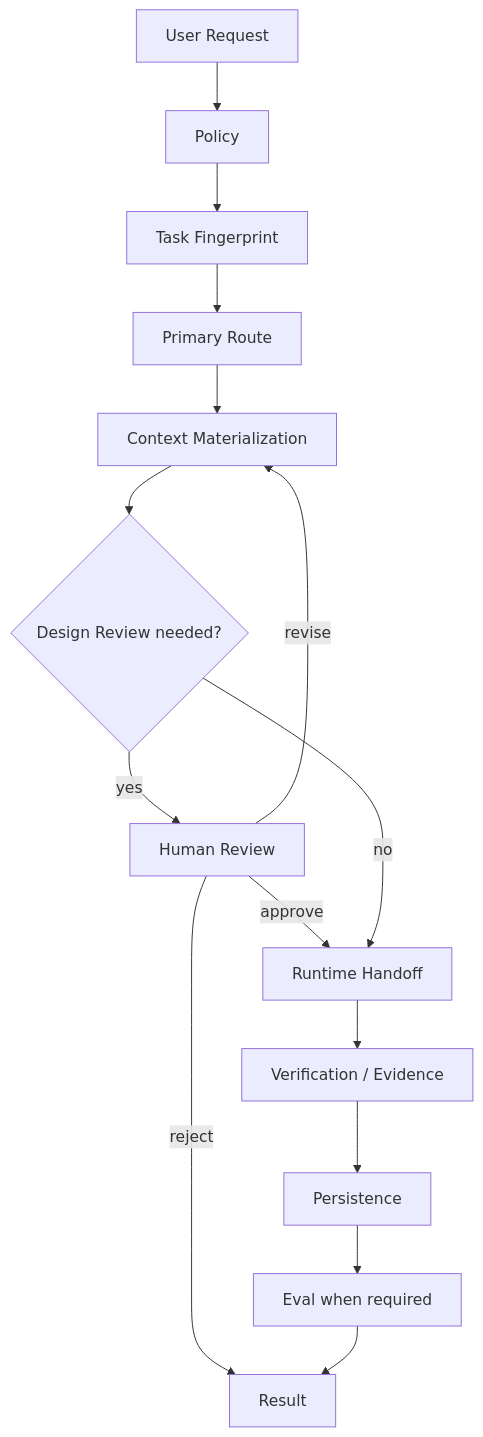
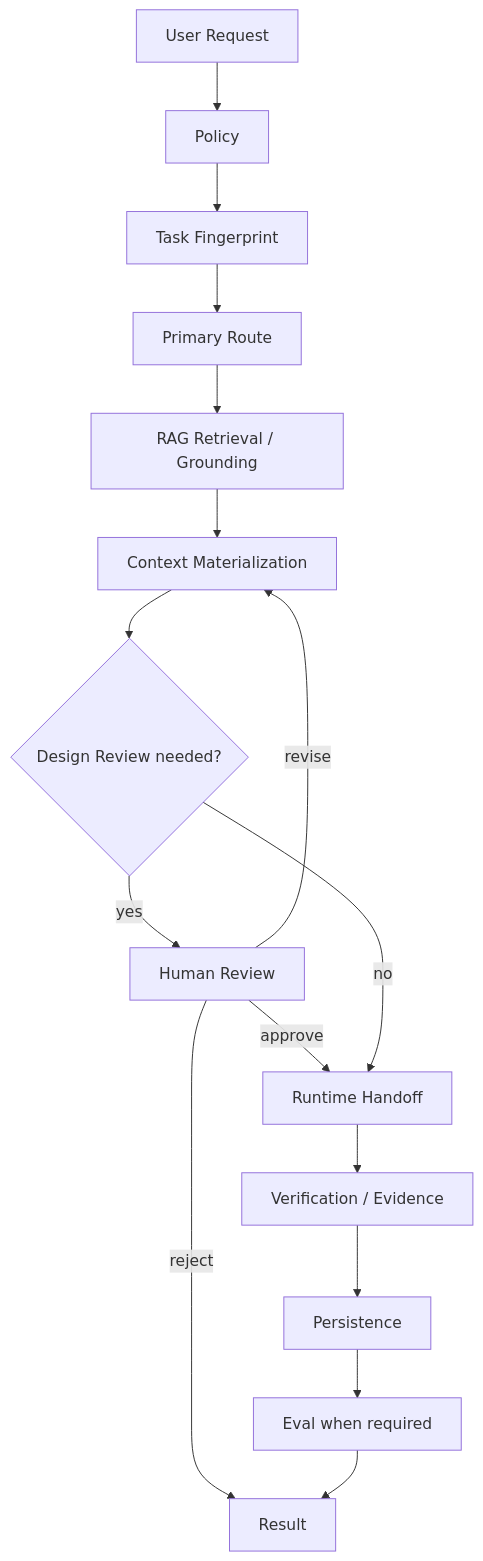
One commit to DarumaPPAP/UnityAgent changed the second of 5 diagrams in docs/architecture/architecture.md. Above: the diagram before and after it, drawn with Mermaid. The commit also changed other lines of this file and 86 other files, not shown here.

Commit message:
feat: add top-level RAG retrieval and grounding

````diff
--- a/docs/architecture/architecture.md
+++ b/docs/architecture/architecture.md
@@ -177,17 +197,18 @@
 ```mermaid
 flowchart TD
     U[User Request] --> P[Policy]
     P --> T[Task Fingerprint]
     T --> R[Primary Route]
-    R --> C[Context Materialization]
+    R --> G[RAG Retrieval / Grounding]
+    G --> C[Context Materialization]
     C --> D{Design Review needed?}
     D -->|yes| H[Human Review]
     H -->|approve| X[Runtime Handoff]
     H -->|revise| C
     H -->|reject| O[Result]
     D -->|no| X
     X --> V[Verification / Evidence]
     V --> S[Persistence]
     S --> E[Eval when required]
     E --> O
 ```
````
